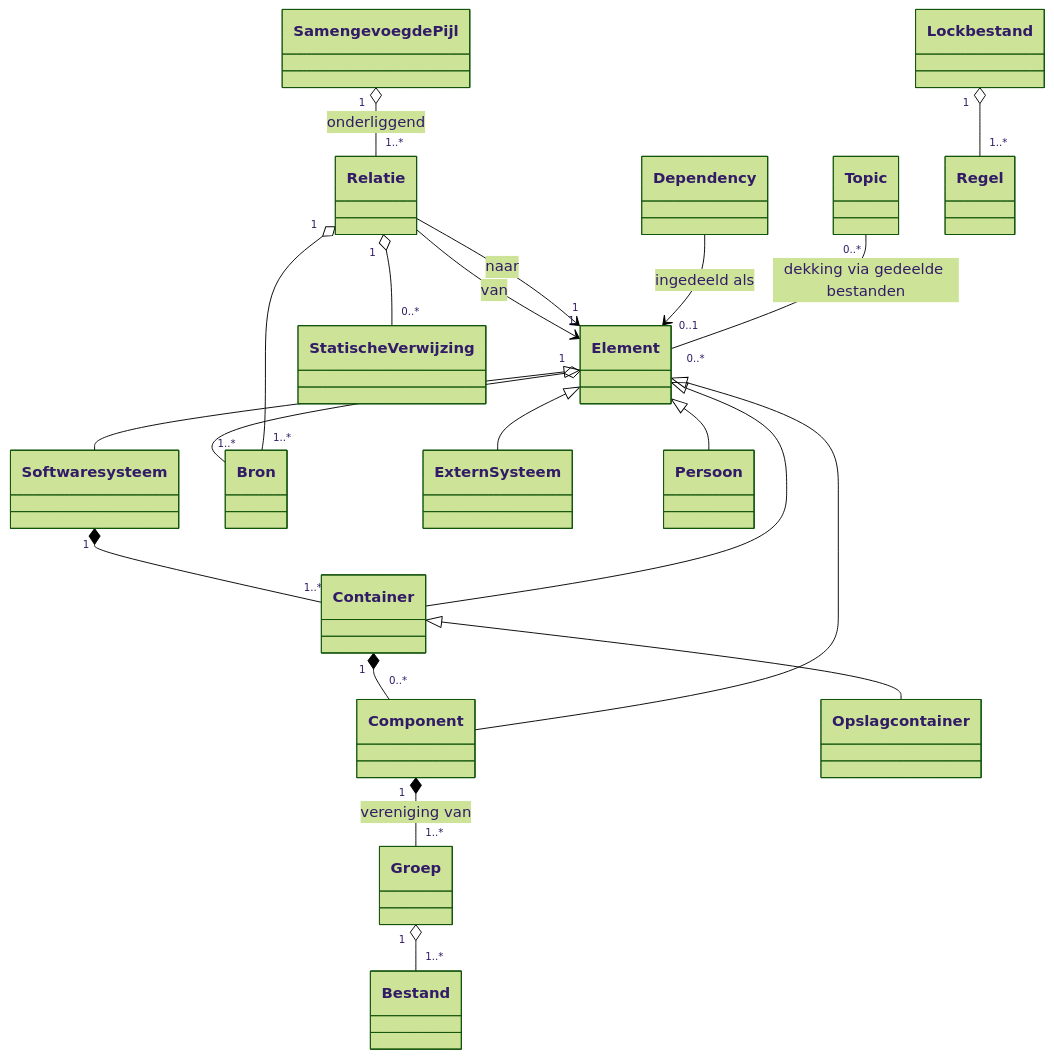
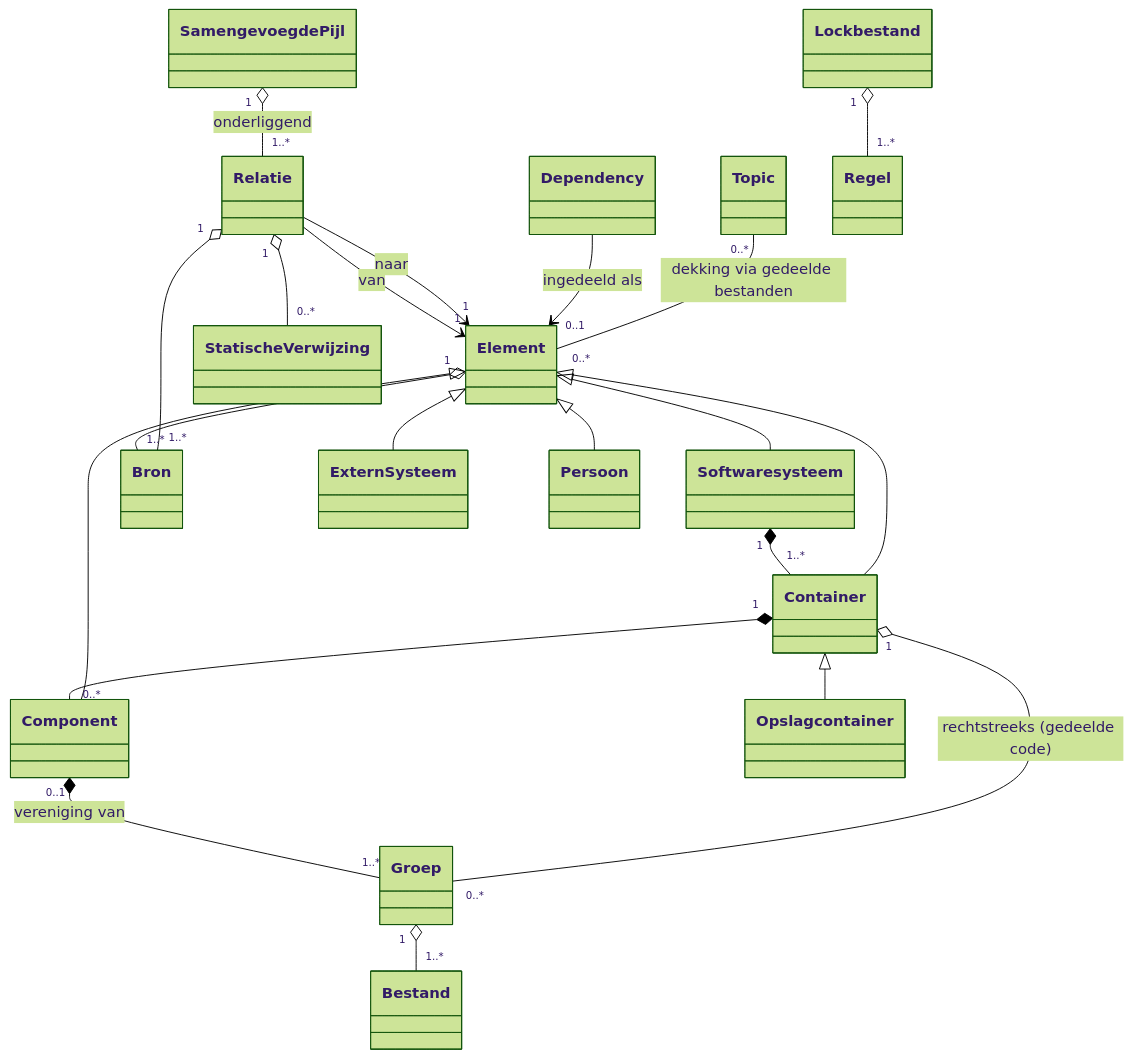
One commit to Cubical6/chunkhound changed the first of 3 diagrams in docs/melly/models/map-structuuranalyse.md. Above: the diagram before and after it, drawn with Mermaid (forest theme). The commit also changed other lines of this file and 2 other files, not shown here.

````diff
--- a/docs/melly/models/map-structuuranalyse.md
+++ b/docs/melly/models/map-structuuranalyse.md
@@ -11,22 +11,23 @@
 ```mermaid
 classDiagram
   Softwaresysteem "1" *-- "1..*" Container
   Container "1" *-- "0..*" Component
   Container <|-- Opslagcontainer
-  Component "1" *-- "1..*" Groep : vereniging van
+  Component "0..1" *-- "1..*" Groep : vereniging van
+  Container "1" o-- "0..*" Groep : rechtstreeks (gedeelde code)
   Groep "1" o-- "1..*" Bestand
   Relatie --> "1" Element : van
   Relatie --> "1" Element : naar
   Relatie "1" o-- "0..*" StatischeVerwijzing
   Element "1" o-- "1..*" Bron
   Relatie "1" o-- "1..*" Bron
   SamengevoegdePijl "1" o-- "1..*" Relatie : onderliggend
   Dependency --> "0..1" Element : ingedeeld als
   Topic "0..*" -- "0..*" Element : dekking via gedeelde bestanden
   Lockbestand "1" o-- "1..*" Regel
   Element <|-- Softwaresysteem
   Element <|-- Container
   Element <|-- Component
   Element <|-- ExternSysteem
   Element <|-- Persoon
 ```
````
